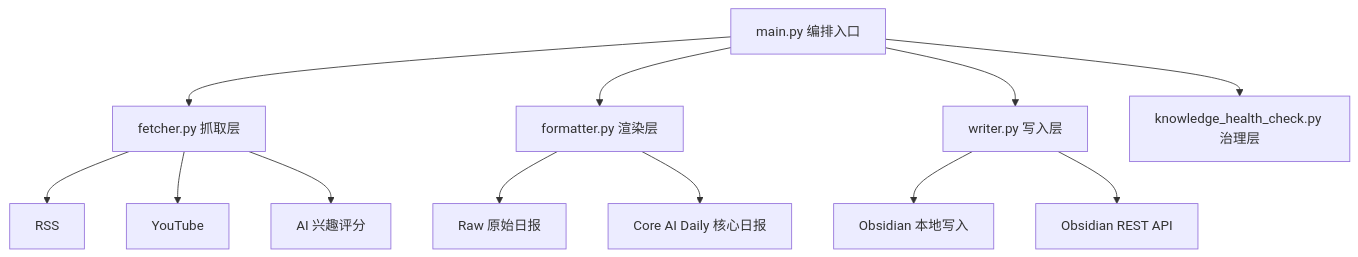
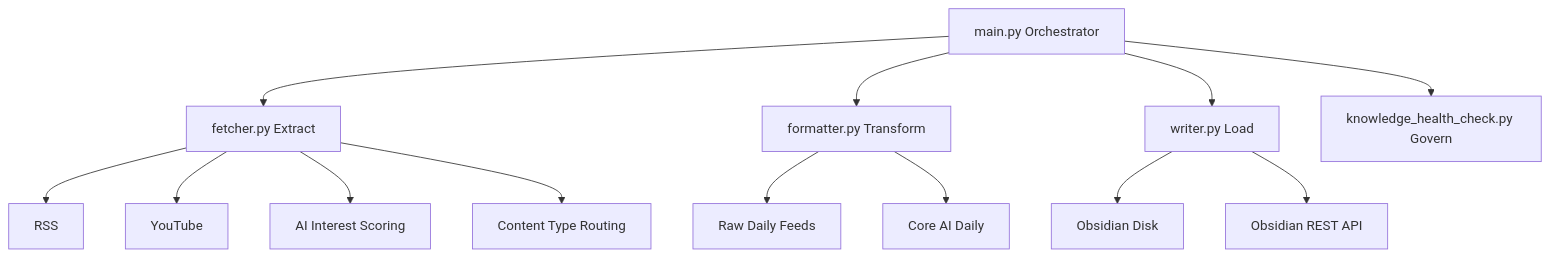
One commit to haoran3160-afk/pkm_obsidian_workflow changed the diagram in README.md. Above: the diagram before and after it, drawn with Mermaid. The commit also changed other lines of this file, not shown here.

````diff
--- a/README.md
+++ b/README.md
@@ -50,17 +61,18 @@
 ```mermaid
 graph TD
-    A[main.py 编排入口] --> B[fetcher.py 抓取层]
-    A --> C[formatter.py 渲染层]
-    A --> D[writer.py 写入层]
-    A --> H[knowledge_health_check.py 治理层]
+    A[main.py Orchestrator] --> B[fetcher.py Extract]
+    A --> C[formatter.py Transform]
+    A --> D[writer.py Load]
+    A --> H[knowledge_health_check.py Govern]
 
     B --> B1[RSS]
     B --> B2[YouTube]
-    B --> B3[AI 兴趣评分]
+    B --> B3[AI Interest Scoring]
+    B --> B4[Content Type Routing]
 
-    C --> C1[Raw 原始日报]
-    C --> C2[Core AI Daily 核心日报]
+    C --> C1[Raw Daily Feeds]
+    C --> C2[Core AI Daily]
 
-    D --> D1[Obsidian 本地写入]
+    D --> D1[Obsidian Disk]
     D --> D2[Obsidian REST API]
 ```
````
